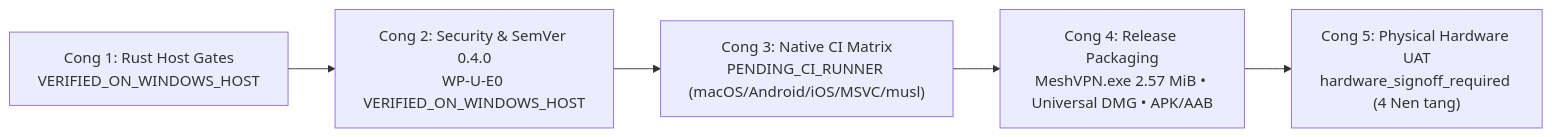
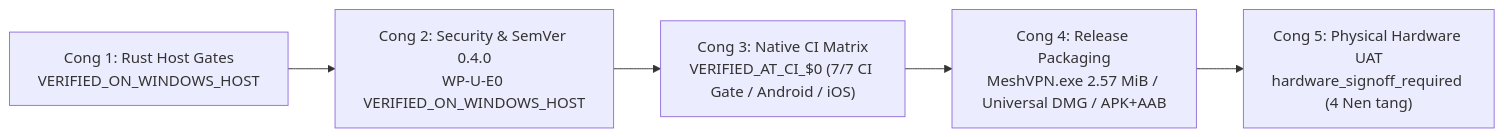
The diagram in docs/06-operations/unified-ui-go-live-checklist.md (nguyenvando420-spec/mesh-vpn), drawn with Mermaid before and after one commit. The commit also changed other lines of this file and 2 other files, not shown here.

First line of the commit message:
docs(ui): record green GitHub Actions CI runs for Gate 3

````diff
--- a/docs/06-operations/unified-ui-go-live-checklist.md
+++ b/docs/06-operations/unified-ui-go-live-checklist.md
@@ -17,10 +17,10 @@
 ```mermaid
 flowchart LR
     G1["Cong 1: Rust Host Gates\nVERIFIED_ON_WINDOWS_HOST"]
     G2["Cong 2: Security & SemVer 0.4.0\nWP-U-E0 VERIFIED_ON_WINDOWS_HOST"]
-    G3["Cong 3: Native CI Matrix\nPENDING_CI_RUNNER (macOS/Android/iOS/MSVC/musl)"]
-    G4["Cong 4: Release Packaging\nMeshVPN.exe 2.57 MiB • Universal DMG • APK/AAB"]
+    G3["Cong 3: Native CI Matrix\nVERIFIED_AT_CI_$0 (7/7 CI Gate / Android / iOS)"]
+    G4["Cong 4: Release Packaging\nMeshVPN.exe 2.57 MiB / Universal DMG / APK+AAB"]
     G5["Cong 5: Physical Hardware UAT\nhardware_signoff_required (4 Nen tang)"]
 
     G1 --> G2 --> G3 --> G4 --> G5
 ```
````
